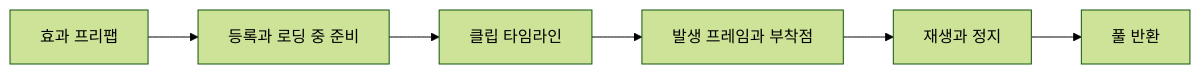
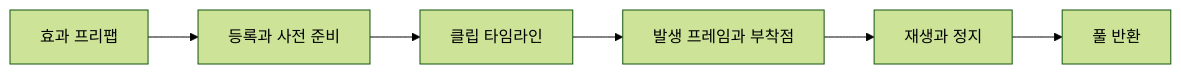
Before and after one commit to imjae/imjae.github.io: the diagram in content/articles/graphics/fire-vfx.md, drawn with Mermaid (forest theme). The commit also changed other lines of this file and 28 other files, not shown here.

````diff
--- a/content/articles/graphics/fire-vfx.md
+++ b/content/articles/graphics/fire-vfx.md
@@ -31,8 +31,8 @@
 ```mermaid
 flowchart LR
-    A[효과 프리팹] --> B[등록과 로딩 중 준비]
+    A[효과 프리팹] --> B[등록과 사전 준비]
     B --> C[클립 타임라인]
     C --> D[발생 프레임과 부착점]
     D --> E[재생과 정지]
     E --> F[풀 반환]
 ```
````
